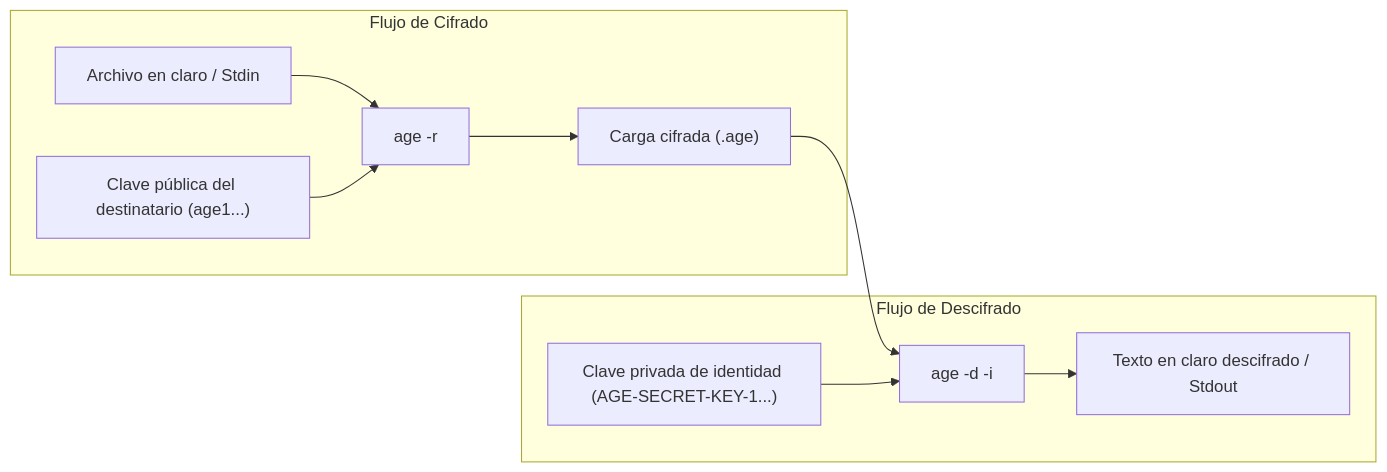
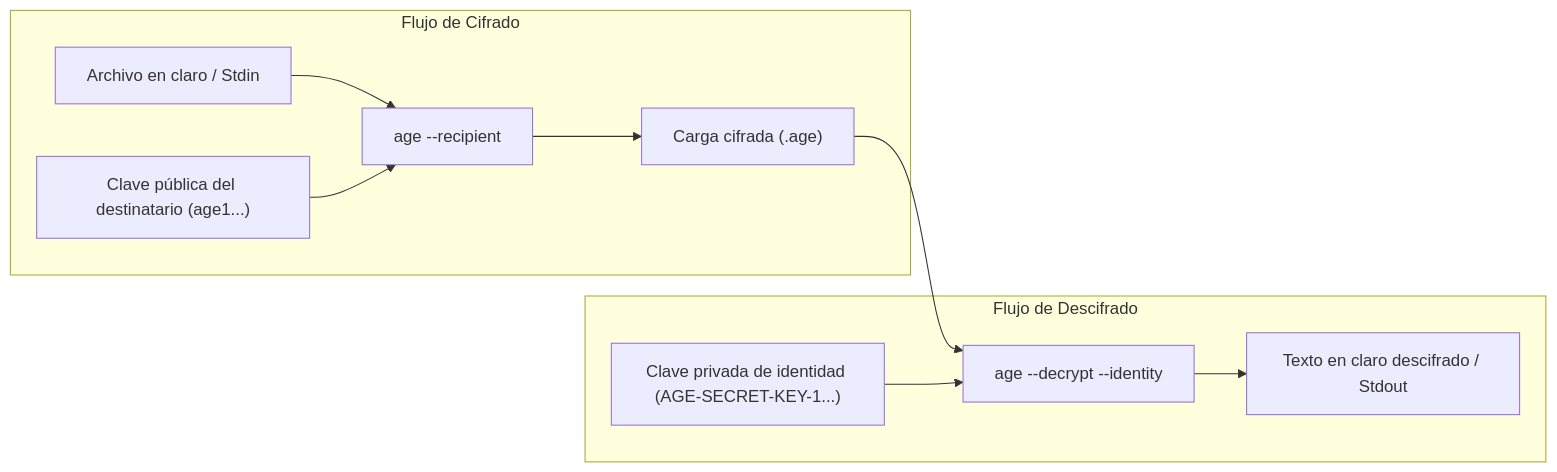
One commit to jose-oc/joseoc-dev changed the first of 3 diagrams in src/content/es/how-to/age-file-encryption.md. Above: the diagram before and after it, drawn with Mermaid. The commit also changed other lines of this file and 1 other file, not shown here.

Commit message:
(content) age cli using long flags

````diff
--- a/src/content/es/how-to/age-file-encryption.md
+++ b/src/content/es/how-to/age-file-encryption.md
@@ -18,13 +18,13 @@
 ```mermaid
 flowchart LR
     subgraph Cifrado ["Flujo de Cifrado"]
-        A["Archivo en claro / Stdin"] --> B["age -r <destinatario>"]
+        A["Archivo en claro / Stdin"] --> B["age --recipient <destinatario>"]
         K1["Clave pública del destinatario (age1...)"] --> B
         B --> C["Carga cifrada (.age)"]
     end
     subgraph Descifrado ["Flujo de Descifrado"]
-        C --> D["age -d -i <identidad>"]
+        C --> D["age --decrypt --identity <identidad>"]
         K2["Clave privada de identidad (AGE-SECRET-KEY-1...)"] --> D
         D --> E["Texto en claro descifrado / Stdout"]
     end
 ```
````
